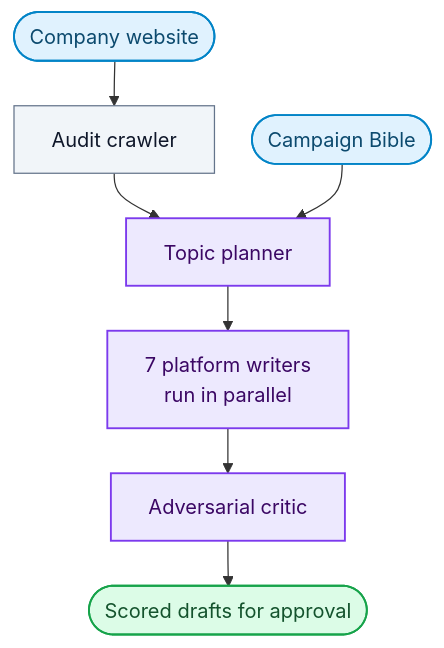
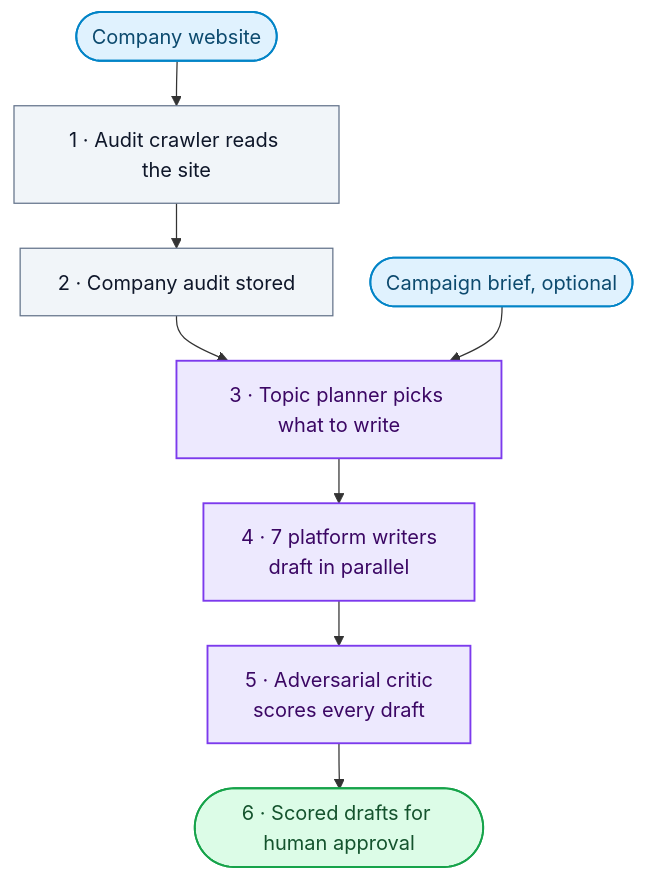
Before and after one commit to arukh281/arukh281: the second of 2 diagrams in projects/ortrovert-llm-flow.md, drawn with Mermaid. The commit also changed other lines of this file, not shown here.

Commit message:
Ortrovert page: system architecture and step-by-step flow

````diff
--- a/projects/ortrovert-llm-flow.md
+++ b/projects/ortrovert-llm-flow.md
@@ -13,14 +33,15 @@
 ```mermaid
 %%{init: {'flowchart': {'curve': 'basis', 'nodeSpacing': 30, 'rankSpacing': 36}}}%%
 flowchart TD
-    A(["Company website"]):::in --> B["Audit crawler"]:::step
-    B --> C["Topic planner"]:::ai
-    K(["Campaign Bible"]):::in --> C
-    C --> E["7 platform writers<br/>run in parallel"]:::ai
-    E --> F["Adversarial critic"]:::ai
-    F --> G(["Scored drafts for approval"]):::out
+    A(["Company website"]):::in --> B["1 · Audit crawler reads the site"]:::step
+    B --> C["2 · Company audit stored"]:::step
+    C --> D["3 · Topic planner picks what to write"]:::ai
+    K(["Campaign brief, optional"]):::in --> D
+    D --> E["4 · 7 platform writers<br/>draft in parallel"]:::ai
+    E --> F["5 · Adversarial critic<br/>scores every draft"]:::ai
+    F --> G(["6 · Scored drafts for human approval"]):::out
     classDef in fill:#e0f2fe,stroke:#0284c7,color:#0c4a6e,stroke-width:1.5px
     classDef step fill:#f1f5f9,stroke:#64748b,color:#0f172a,stroke-width:1px
     classDef ai fill:#ede9fe,stroke:#7c3aed,color:#3b0764,stroke-width:1.5px
     classDef out fill:#dcfce7,stroke:#16a34a,color:#14532d,stroke-width:1.5px
 ```
````
